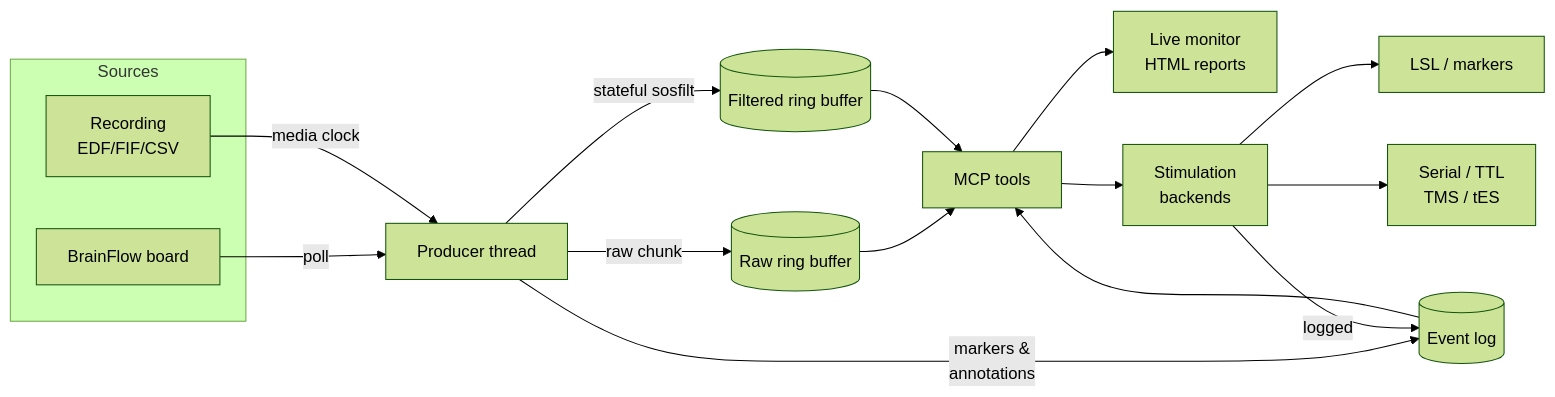
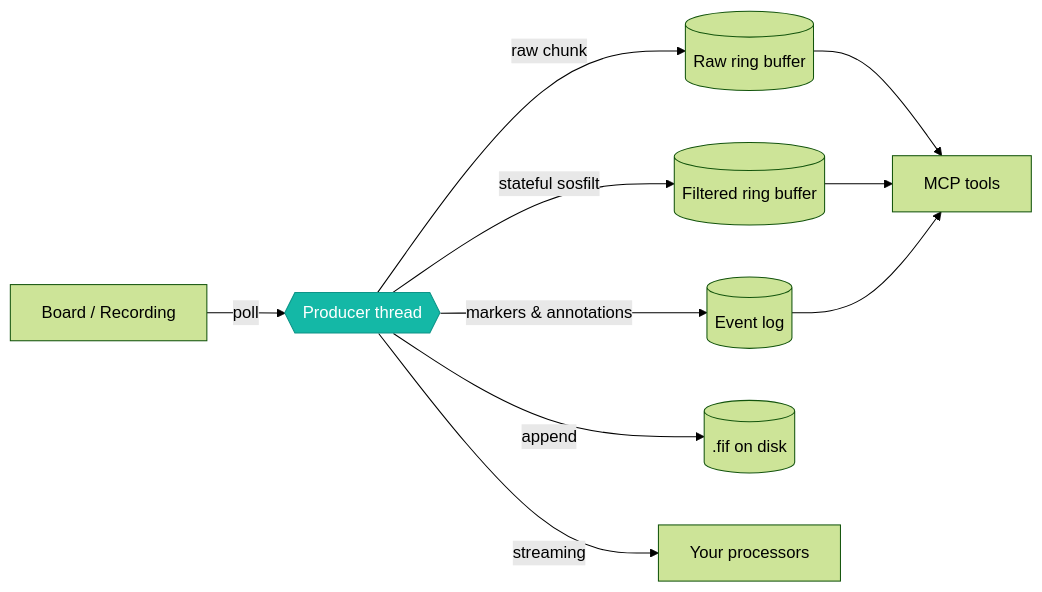
One commit to AImplifier/eeg-mcp changed the second of 2 diagrams in docs/index.md. Above: the diagram before and after it, drawn with Mermaid (forest theme). The commit also changed other lines of this file and 1 other file, not shown here.

````diff
--- a/docs/index.md
+++ b/docs/index.md
@@ -48,20 +163,13 @@
 ```mermaid
 flowchart LR
-    subgraph Sources
-        BF[BrainFlow board]
-        RP[Recording<br/>EDF/FIF/CSV]
-    end
-    BF -->|poll| PR
-    RP -->|media clock| PR
-    PR[Producer thread] -->|raw chunk| RB[(Raw ring buffer)]
+    BF[Board / Recording] -->|poll| PR{{Producer thread}}
+    PR -->|raw chunk| RB[(Raw ring buffer)]
     PR -->|stateful sosfilt| FB[(Filtered ring buffer)]
-    PR -->|markers &<br/>annotations| EL[(Event log)]
-    RB --> Q[MCP tools]
-    FB --> Q
-    EL --> Q
-    Q --> VIZ[Live monitor<br/>HTML reports]
-    Q --> ST[Stimulation<br/>backends]
-    ST -->|logged| EL
-    ST --> SW[LSL / markers]
-    ST --> HW[Serial / TTL<br/>TMS / tES]
+    PR -->|markers &amp; annotations| EL[(Event log)]
+    PR -->|append| DISK[(.fif on disk)]
+    PR -->|streaming| PL[Your processors]
+    RB & FB & EL --> Q[MCP tools]
+
+    classDef hot fill:#14b8a6,stroke:#0d9488,color:#fff
+    class PR hot
 ```
````
